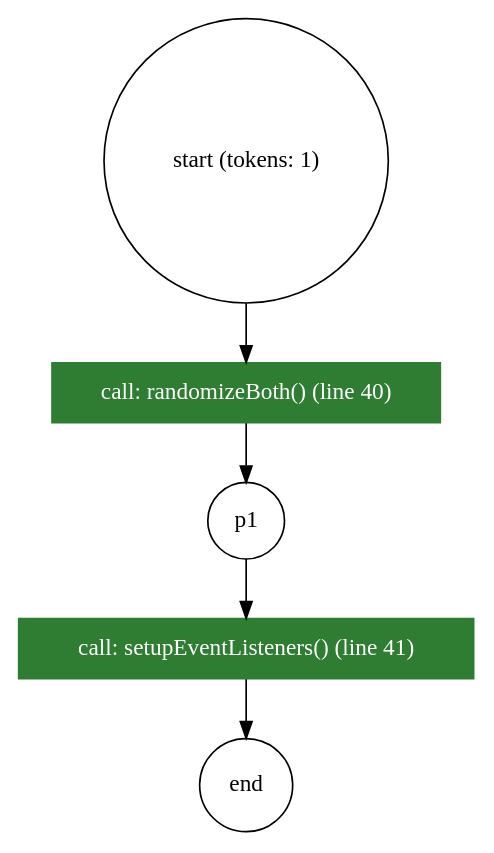
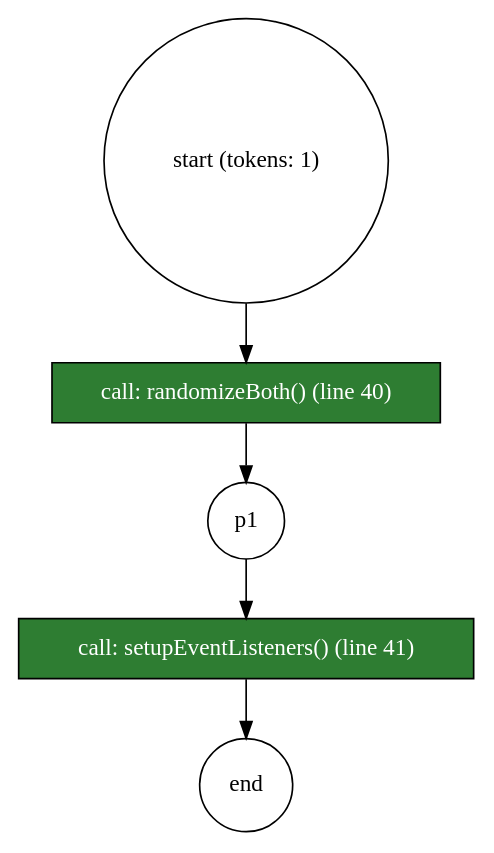
One commit to ric6121824/code2petri changed the diagram in .scratch/code2petri/graphs/GameOfLife-260911/app_init.dot. Above: the diagram before and after it, drawn with Graphviz. The commit also changed 33 other files, not shown here.

```diff
--- a/.scratch/code2petri/graphs/GameOfLife-260911/app_init.dot
+++ b/.scratch/code2petri/graphs/GameOfLife-260911/app_init.dot
@@ -1,18 +1,18 @@
 digraph PetriNet {
     rankdir=TB;
 
     // Places
     "p0" [shape=circle, label="start (tokens: 1)"];
     "p_end" [shape=circle, label="end"];
     "p1" [shape=circle, label="p1"];
 
     // Transitions
-    "t1" [shape=rect, style=filled, fillcolor="#2e7d32", fontcolor=white, label="call: randomizeBoth() (line 40)", color="#2e7d32", tooltip="Resolved to randomizeBoth in /Users/pingchungtsai/My Drive (ric6121824@gmail.com)/Digital Media MSc/Semester 4/GameOfLife_Simulator/app.js"];
-    "t2" [shape=rect, style=filled, fillcolor="#2e7d32", fontcolor=white, label="call: setupEventListeners() (line 41)", color="#2e7d32", tooltip="Resolved to setupEventListeners in /Users/pingchungtsai/My Drive (ric6121824@gmail.com)/Digital Media MSc/Semester 4/GameOfLife_Simulator/app.js"];
+    "t1" [shape=rect, style=filled, fillcolor="#2e7d32", fontcolor=white, label="call: randomizeBoth() (line 40)", tooltip="Resolved to randomizeBoth in /Users/pingchungtsai/My Drive (ric6121824@gmail.com)/Digital Media MSc/Semester 4/GameOfLife_Simulator/app.js"];
+    "t2" [shape=rect, style=filled, fillcolor="#2e7d32", fontcolor=white, label="call: setupEventListeners() (line 41)", tooltip="Resolved to setupEventListeners in /Users/pingchungtsai/My Drive (ric6121824@gmail.com)/Digital Media MSc/Semester 4/GameOfLife_Simulator/app.js"];
 
     // Arcs
     "p0" -> "t1";
     "t1" -> "p1";
     "p1" -> "t2";
     "t2" -> "p_end";
 }
```
